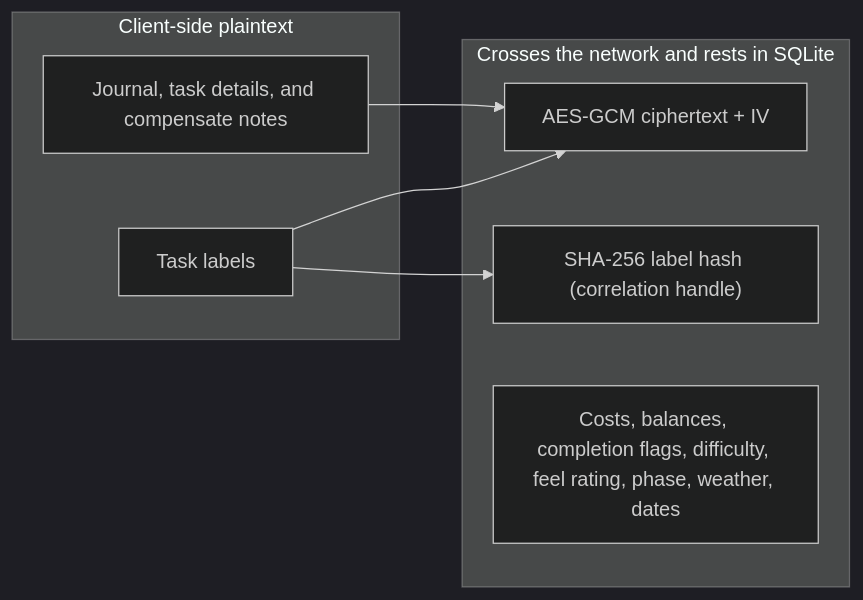
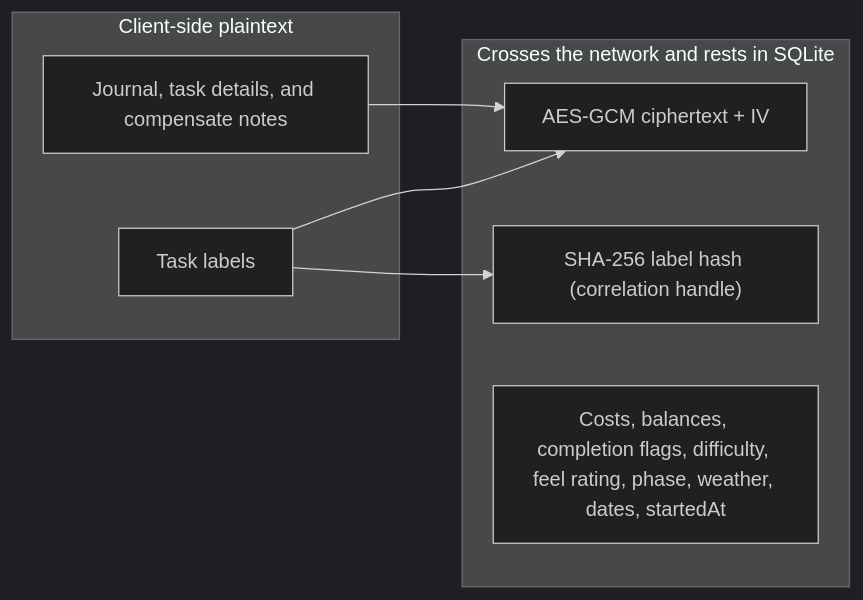
One commit to 97115104/energyaccounting changed the second of 2 diagrams in ARCHITECTURE.md. Above: the diagram before and after it, drawn with Mermaid (dark theme). The commit also changed other lines of this file and 18 other files, not shown here.

````diff
--- a/ARCHITECTURE.md
+++ b/ARCHITECTURE.md
@@ -51,15 +51,15 @@
 ```mermaid
 flowchart LR
   subgraph client [Client-side plaintext]
     labels["Task labels"]
     journalText["Journal, task details, and compensate notes"]
   end
   subgraph wire [Crosses the network and rests in SQLite]
     cipher["AES-GCM ciphertext + IV"]
     hash["SHA-256 label hash (correlation handle)"]
-    numbers["Costs, balances, completion flags, difficulty, feel rating, phase, weather, dates"]
+    numbers["Costs, balances, completion flags, difficulty, feel rating, phase, weather, dates, startedAt"]
   end
   labels --> cipher
   labels --> hash
   journalText --> cipher
 ```
````
